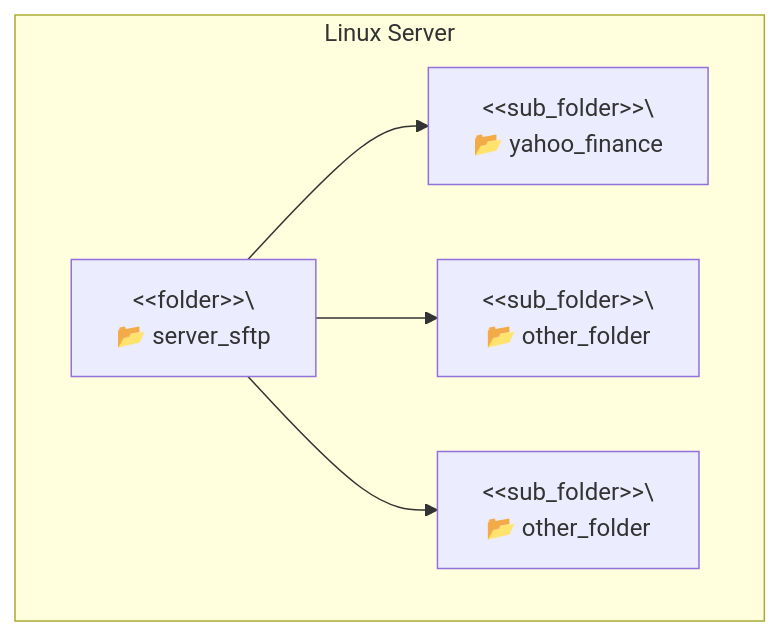
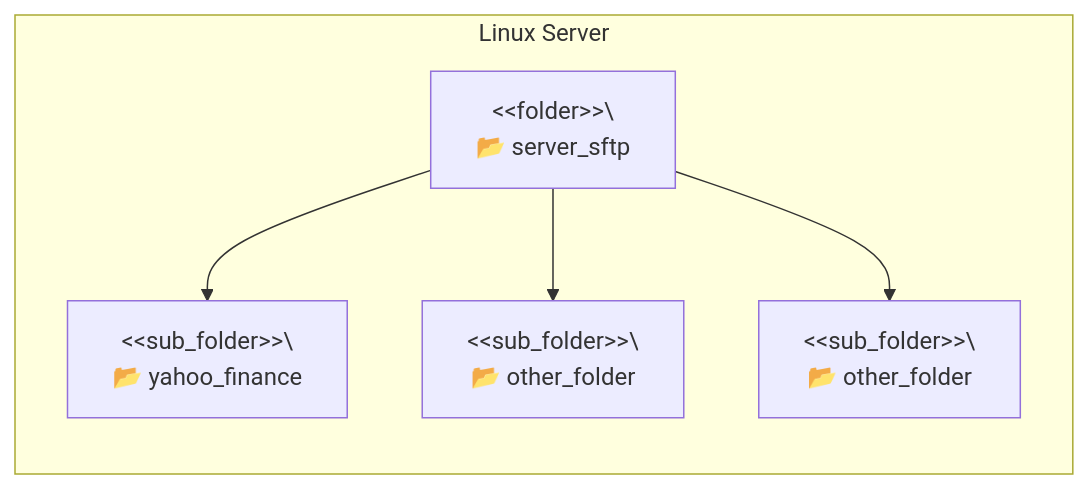
One commit to TrulyDigital/DATA_STREET changed the second of 3 diagrams in server_sftp/README.md. Above: the diagram before and after it, drawn with Mermaid.

Commit message:
update: server_sftp README.md

````diff
--- a/server_sftp/README.md
+++ b/server_sftp/README.md
@@ -14,13 +14,13 @@
 ```mermaid
-graph TD
+graph LR
     subgraph Contenedor_A [Linux Server]
         A1[&lt;&lt;folder&gt;&gt;\<br/> 📂 server_sftp]
         A2[&lt;&lt;sub_folder&gt;&gt;\<br/> 📂 yahoo_finance]
         A3[&lt;&lt;sub_folder&gt;&gt;\<br/> 📂 other_folder]
         A4[&lt;&lt;sub_folder&gt;&gt;\<br/> 📂 other_folder]
     end
 
     A1 --> A2
     A1 --> A3
     A1 --> A4
 ```
````
